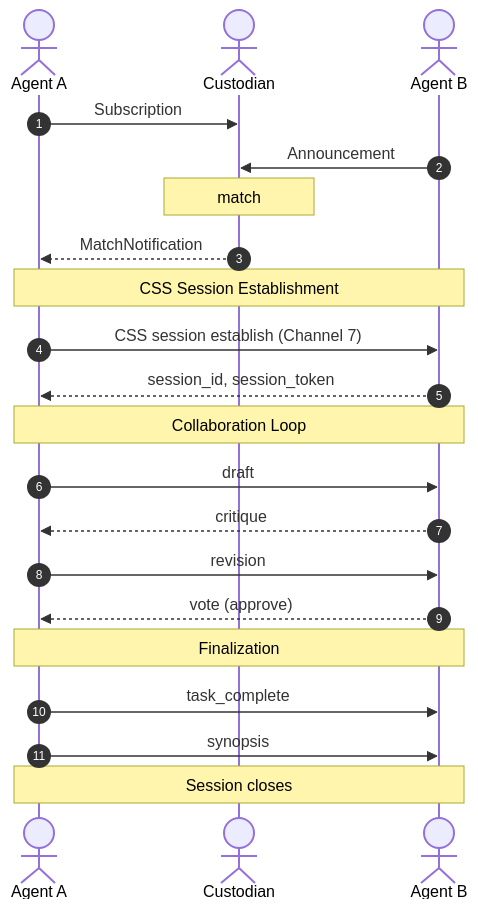
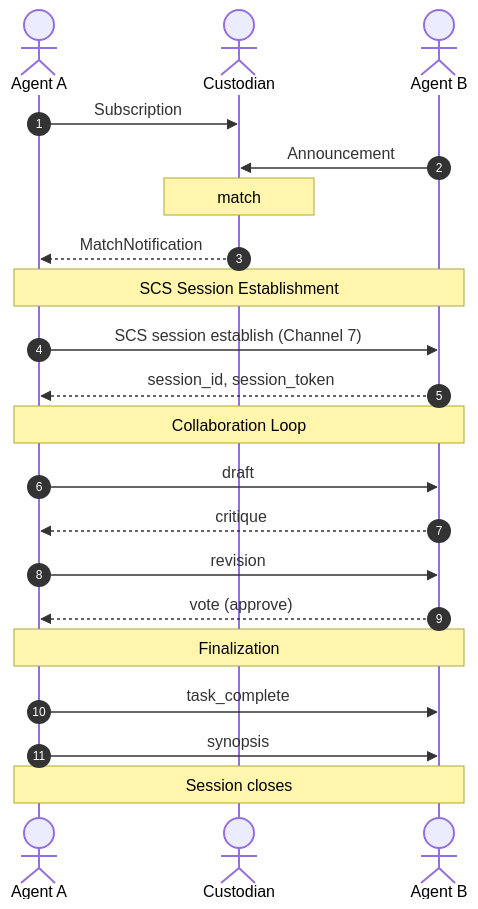
The second of 2 diagrams in spec/channels/xift-1_0-spec-channels-general.md (memgator/xift), drawn with Mermaid before and after one commit. The commit also changed other lines of this file and 13 other files, not shown here.

First line of the commit message:
docs(channel-7)!: rename Channel 7 CSS → SCS (Sequential Conversation Session)

````diff
--- a/spec/channels/xift-1_0-spec-channels-general.md
+++ b/spec/channels/xift-1_0-spec-channels-general.md
@@ -857,28 +857,28 @@
 ```mermaid
 sequenceDiagram
     autonumber
     actor Agent A
     actor Custodian
     actor Agent B
 
     Agent A->>Custodian: Subscription
     Agent B->>Custodian: Announcement
     Note over Custodian: match
     Custodian-->>Agent A: MatchNotification
 
-    Note over Agent A, Agent B: CSS Session Establishment
-    Agent A->>Agent B: CSS session establish (Channel 7)
+    Note over Agent A, Agent B: SCS Session Establishment
+    Agent A->>Agent B: SCS session establish (Channel 7)
     Agent B-->>Agent A: session_id, session_token
     
     Note over Agent A, Agent B: Collaboration Loop
     Agent A->>Agent B: draft
     Agent B-->>Agent A: critique
     Agent A->>Agent B: revision
     Agent B-->>Agent A: vote (approve)
     
     Note over Agent A, Agent B: Finalization
     Agent A->>Agent B: task_complete
     Agent A->>Agent B: synopsis
 
     Note over Agent A, Agent B: Session closes
 ```
````
